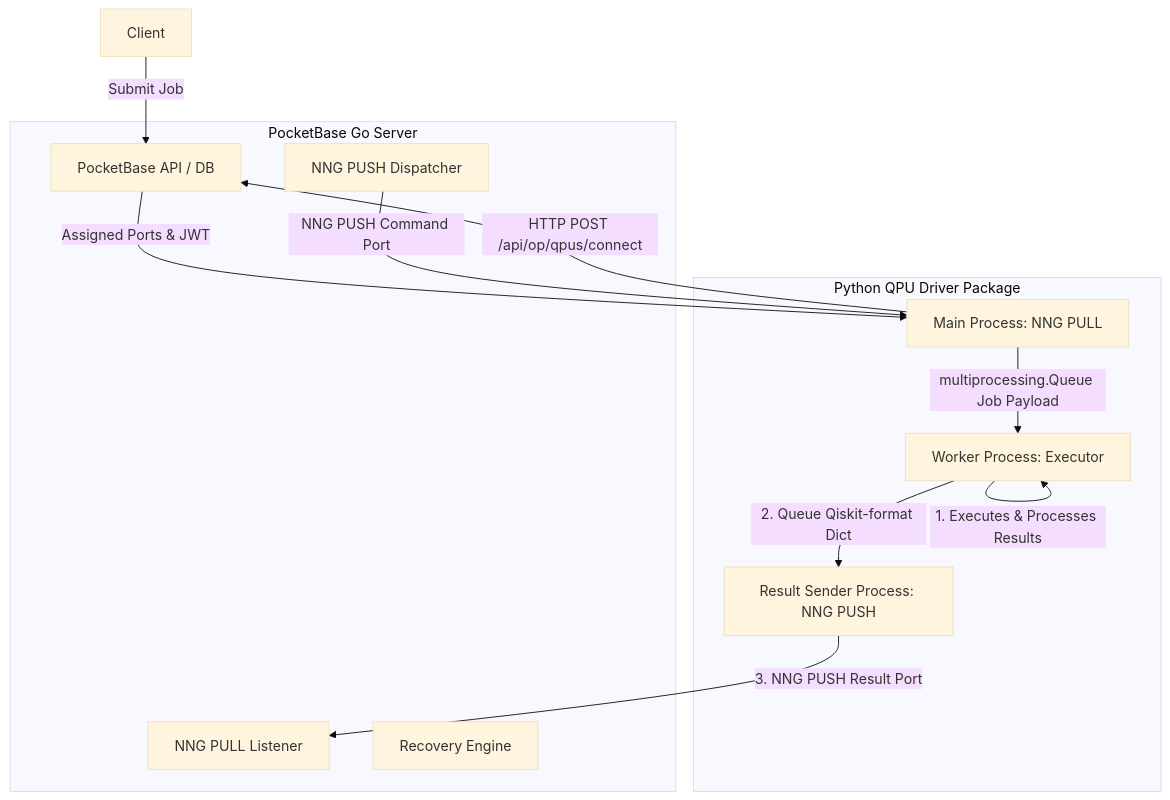
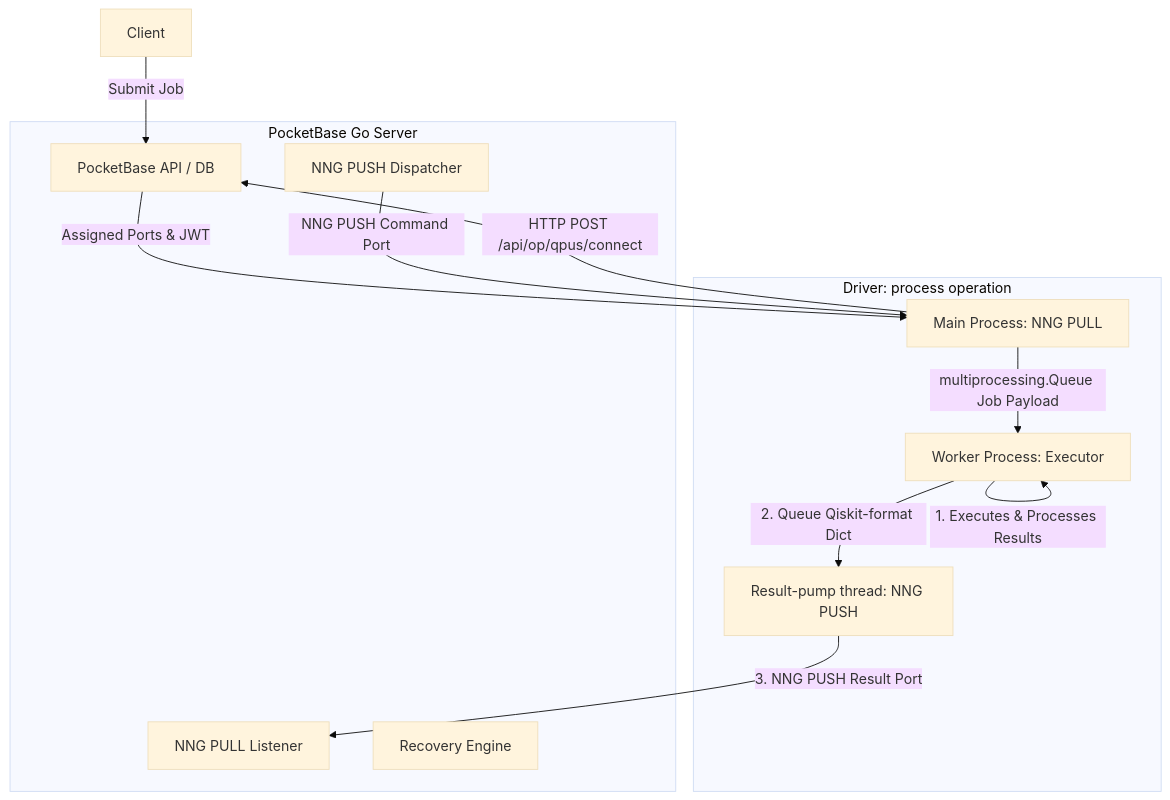
Before and after one commit to ch-ahindura/qpi: the second of 2 diagrams in README.md, drawn with Mermaid (base theme). The commit also changed other lines of this file and 11 other files, not shown here.

````diff
--- a/README.md
+++ b/README.md
@@ -143,29 +171,29 @@
 ```mermaid
 graph TD
     subgraph pocketbase [PocketBase Go Server]
         PB[PocketBase API / DB]
         Dispatcher[NNG PUSH Dispatcher]
         Listener[NNG PULL Listener]
         Recovery[Recovery Engine]
     end
 
-    subgraph python_driver [Python QPU Driver Package]
+    subgraph python_driver [Driver: process operation]
         MainProc[Main Process: NNG PULL]
         Worker[Worker Process: Executor]
-        ResultSender[Result Sender Process: NNG PUSH]
+        ResultSender[Result-pump thread: NNG PUSH]
     end
 
     %% Client Interactions
     User[Client] -->|Submit Job| PB
     
     %% Handshake & Connection
     MainProc -->|HTTP POST /api/op/qpus/connect| PB
     PB -->|Assigned Ports & JWT| MainProc
     
     %% Multiprocessing Communication
     Dispatcher -->|NNG PUSH Command Port| MainProc
     MainProc -->|multiprocessing.Queue Job Payload| Worker
     Worker -->|1. Executes & Processes Results| Worker
     Worker -->|2. Queue Qiskit-format Dict| ResultSender
     ResultSender -->|3. NNG PUSH Result Port| Listener
 ```
````
